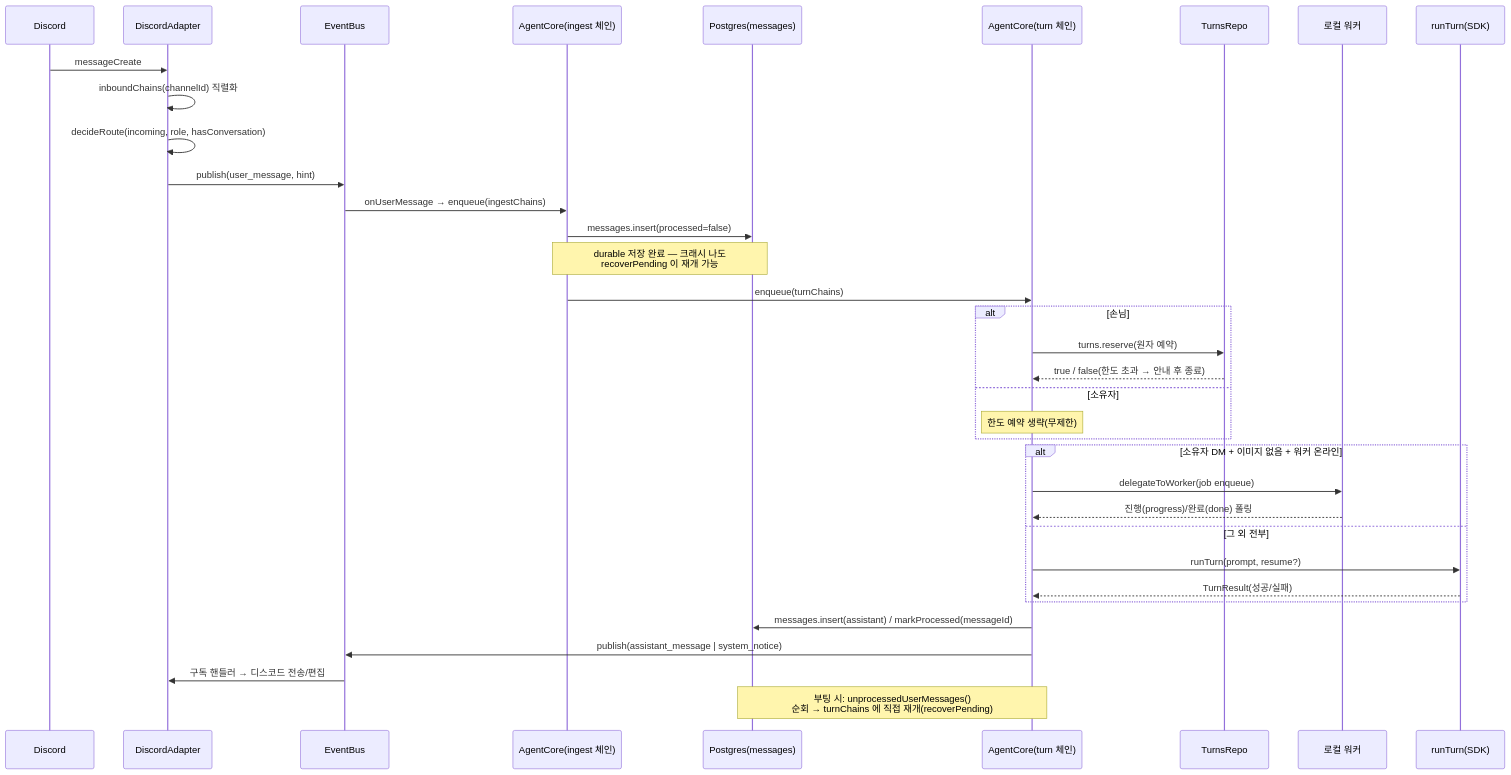
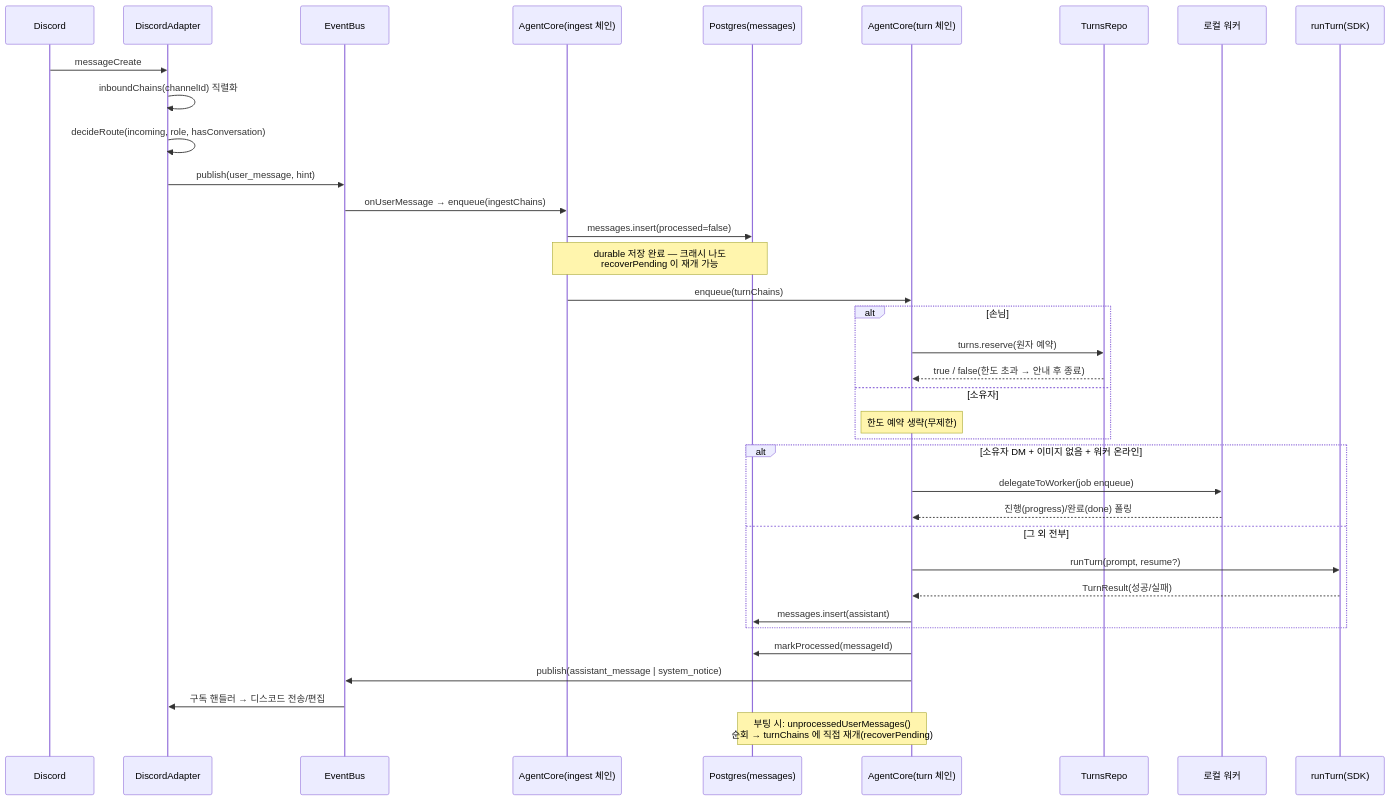
The diagram in docs/architecture/data-flow.md (wwoosshh/asahi), drawn with Mermaid before and after one commit. The commit also changed 12 other files, not shown here.

````diff
--- a/docs/architecture/data-flow.md
+++ b/docs/architecture/data-flow.md
@@ -128,42 +128,43 @@
 ```mermaid
 sequenceDiagram
     participant D as Discord
     participant A as DiscordAdapter
     participant Bus as EventBus
     participant Ing as AgentCore(ingest 체인)
     participant DB as Postgres(messages)
     participant Turn as AgentCore(turn 체인)
     participant Turns as TurnsRepo
     participant W as 로컬 워커
     participant LLM as runTurn(SDK)
 
     D->>A: messageCreate
     A->>A: inboundChains(channelId) 직렬화
     A->>A: decideRoute(incoming, role, hasConversation)
     A->>Bus: publish(user_message, hint)
     Bus->>Ing: onUserMessage → enqueue(ingestChains)
     Ing->>DB: messages.insert(processed=false)
     Note over Ing,DB: durable 저장 완료 — 크래시 나도<br/>recoverPending 이 재개 가능
     Ing->>Turn: enqueue(turnChains)
 
     alt 손님
         Turn->>Turns: turns.reserve(원자 예약)
         Turns-->>Turn: true / false(한도 초과 → 안내 후 종료)
     else 소유자
         Note over Turn: 한도 예약 생략(무제한)
     end
 
     alt 소유자 DM + 이미지 없음 + 워커 온라인
         Turn->>W: delegateToWorker(job enqueue)
         W-->>Turn: 진행(progress)/완료(done) 폴링
     else 그 외 전부
         Turn->>LLM: runTurn(prompt, resume?)
         LLM-->>Turn: TurnResult(성공/실패)
+        Turn->>DB: messages.insert(assistant)
     end
 
-    Turn->>DB: messages.insert(assistant) / markProcessed(messageId)
+    Turn->>DB: markProcessed(messageId)
     Turn->>Bus: publish(assistant_message | system_notice)
     Bus->>A: 구독 핸들러 → 디스코드 전송/편집
 
     Note over Turn,DB: 부팅 시: unprocessedUserMessages()<br/>순회 → turnChains 에 직접 재개(recoverPending)
 ```
````
